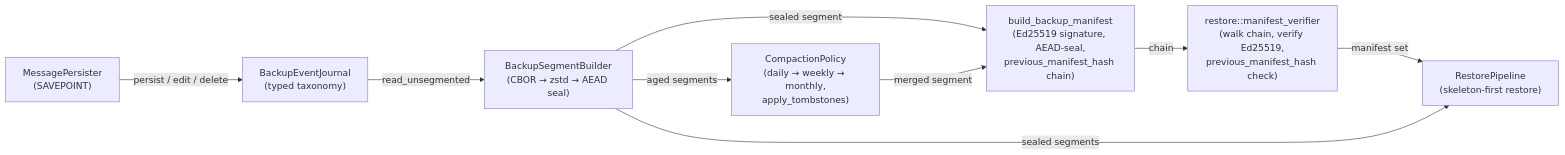
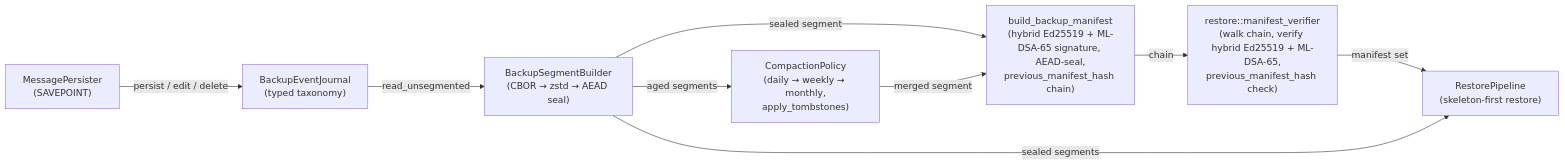
Before and after one commit to kennguy3n/chat-storage-search: the tenth of 34 diagrams in docs/ARCHITECTURE.md, drawn with Mermaid. The commit also changed other lines of this file and 22 other files, not shown here.

````diff
--- a/docs/ARCHITECTURE.md
+++ b/docs/ARCHITECTURE.md
@@ -928,19 +931,19 @@
 ```mermaid
 flowchart LR
     Persister["MessagePersister<br/>(SAVEPOINT)"]
     Journal["BackupEventJournal<br/>(typed taxonomy)"]
     Builder["BackupSegmentBuilder<br/>(CBOR → zstd → AEAD seal)"]
-    Manifest["build_backup_manifest<br/>(Ed25519 signature, AEAD-seal,<br/>previous_manifest_hash chain)"]
+    Manifest["build_backup_manifest<br/>(hybrid Ed25519 + ML-DSA-65 signature, AEAD-seal,<br/>previous_manifest_hash chain)"]
     Compactor["CompactionPolicy<br/>(daily → weekly → monthly,<br/>apply_tombstones)"]
-    Verifier["restore::manifest_verifier<br/>(walk chain, verify Ed25519,<br/>previous_manifest_hash check)"]
+    Verifier["restore::manifest_verifier<br/>(walk chain, verify hybrid Ed25519 + ML-DSA-65,<br/>previous_manifest_hash check)"]
     Pipeline["RestorePipeline<br/>(skeleton-first restore)"]
 
     Persister -->|persist / edit / delete| Journal
     Journal -->|read_unsegmented| Builder
     Builder -->|sealed segment| Manifest
     Manifest -->|chain| Verifier
     Builder -->|aged segments| Compactor
     Compactor -->|merged segment| Manifest
     Verifier -->|manifest set| Pipeline
     Builder -->|sealed segments| Pipeline
 ```
````
